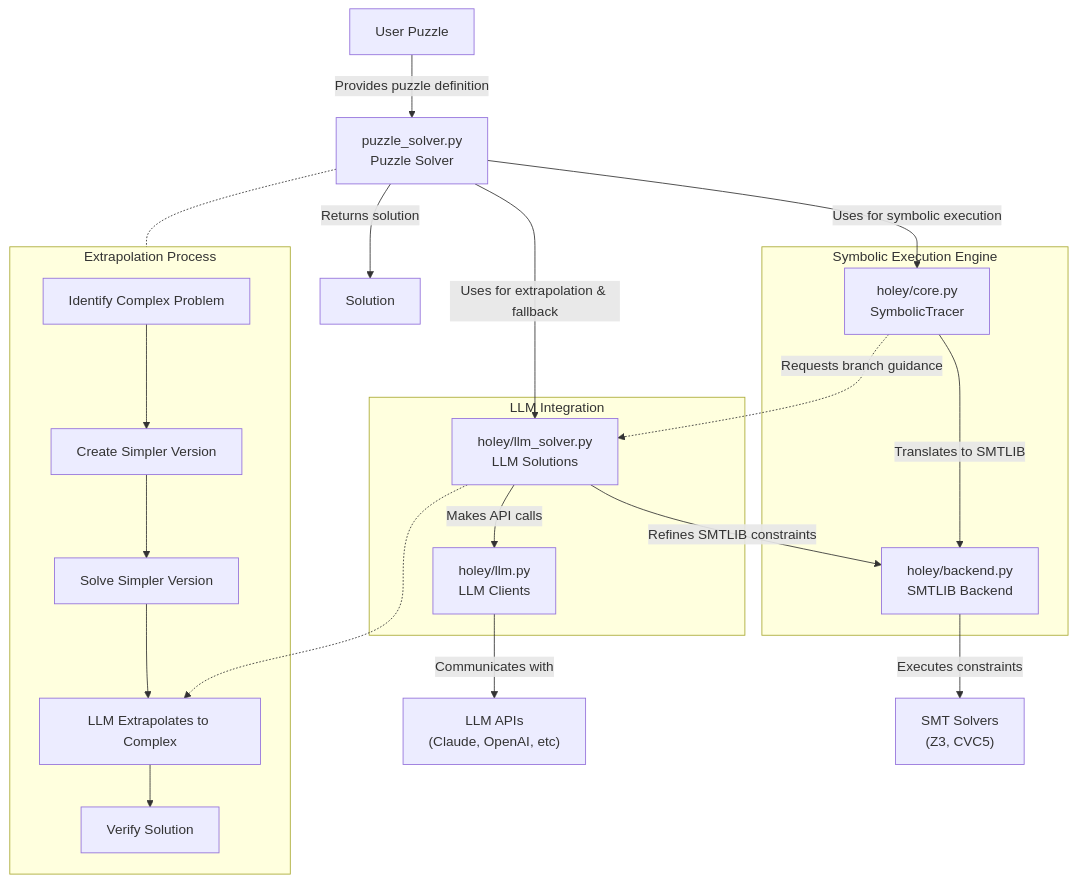
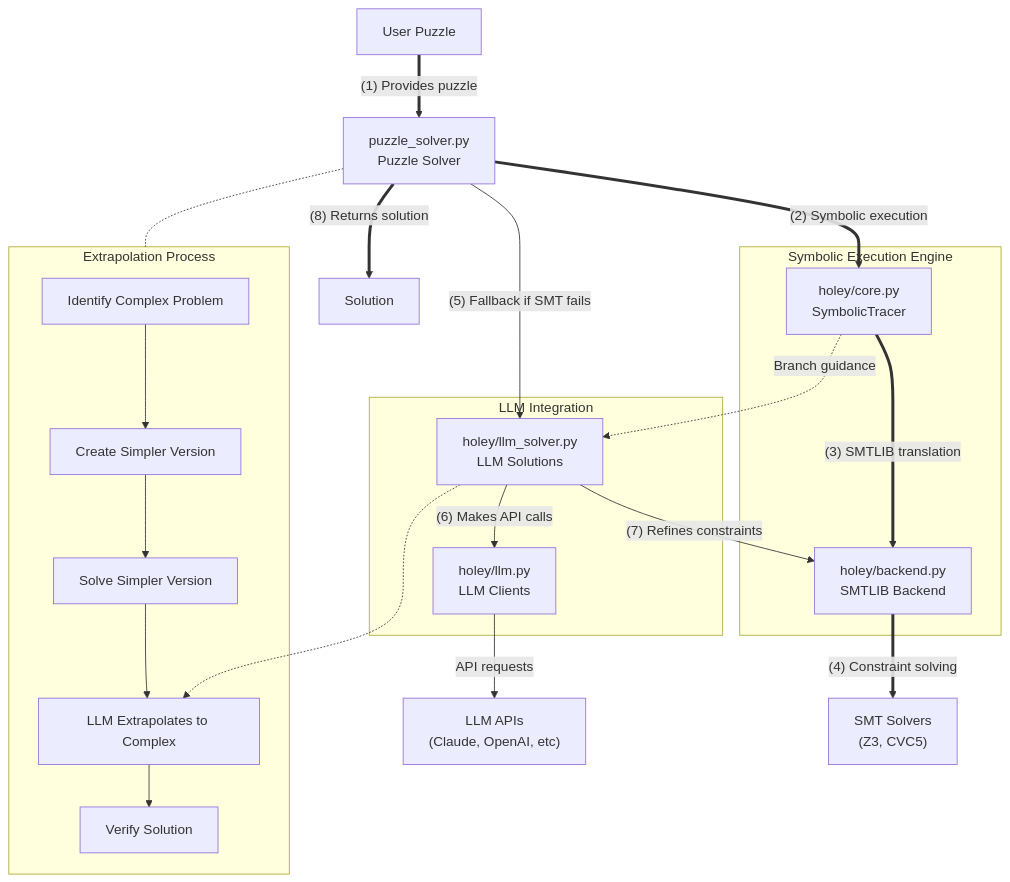
Before and after one commit to namin/holey: the diagram in diagram.md, drawn with Mermaid.

Commit message:
Update diagram.md add information & ordering about main path

````diff
--- a/diagram.md
+++ b/diagram.md
@@ -3,53 +3,53 @@
 ```mermaid
 graph TD
     %% Core Components
     Core["holey/core.py<br>SymbolicTracer"]
     Backend["holey/backend.py<br>SMTLIB Backend"]
     PuzzleSolver["puzzle_solver.py<br>Puzzle Solver"]
     LLM["holey/llm.py<br>LLM Clients"]
     LLMSolver["holey/llm_solver.py<br>LLM Solutions"]
     
     %% External Components
     LLMProviders["LLM APIs<br>(Claude, OpenAI, etc)"]
     SMTSolvers["SMT Solvers<br>(Z3, CVC5)"]
     
-    %% Main Dependencies with labels
-    PuzzleSolver -->|"Uses for symbolic execution"| Core
-    PuzzleSolver -->|"Uses for extrapolation & fallback"| LLMSolver
-    Core -->|"Translates to SMTLIB"| Backend
-    Backend -->|"Executes constraints"| SMTSolvers
-    LLMSolver -->|"Makes API calls"| LLM
-    LLMSolver -->|"Refines SMTLIB constraints"| Backend
-    LLM -->|"Communicates with"| LLMProviders
-    Core -.->|"Requests branch guidance"| LLMSolver
+    %% Main Execution Path (thicker lines)
+    UserPuzzle["User Puzzle"] ==>|"(1) Provides puzzle"| PuzzleSolver
+    PuzzleSolver ==>|"(2) Symbolic execution"| Core
+    Core ==>|"(3) SMTLIB translation"| Backend
+    Backend ==>|"(4) Constraint solving"| SMTSolvers
+    PuzzleSolver ==>|"(8) Returns solution"| Solution["Solution"]
     
-    %% Input/Output
-    UserPuzzle["User Puzzle"] -->|"Provides puzzle definition"| PuzzleSolver
-    PuzzleSolver -->|"Returns solution"| Solution["Solution"]
-
+    %% Alternative/Fallback Paths
+    PuzzleSolver -->|"(5) Fallback if SMT fails"| LLMSolver
+    LLMSolver -->|"(6) Makes API calls"| LLM
+    LLMSolver -->|"(7) Refines constraints"| Backend
+    LLM -->|"API requests"| LLMProviders
+    Core -.->|"Branch guidance"| LLMSolver
+    
     %% Extrapolation Process Highlight
     subgraph ExtrapolationProcess["Extrapolation Process"]
         Step1["Identify Complex Problem"]
         Step2["Create Simpler Version"]
         Step3["Solve Simpler Version"]
         Step4["LLM Extrapolates to Complex"]
         Step5["Verify Solution"]
         
         Step1 --> Step2 --> Step3 --> Step4 --> Step5
     end
     
     %% Connect to main flow
     PuzzleSolver -.- ExtrapolationProcess
     LLMSolver -.-> Step4
     
     %% Component Grouping
     subgraph SymbolicExecution["Symbolic Execution Engine"]
         Core
         Backend
     end
     
     subgraph LLMIntegration["LLM Integration"]
         LLM
         LLMSolver
     end
 ```
````
